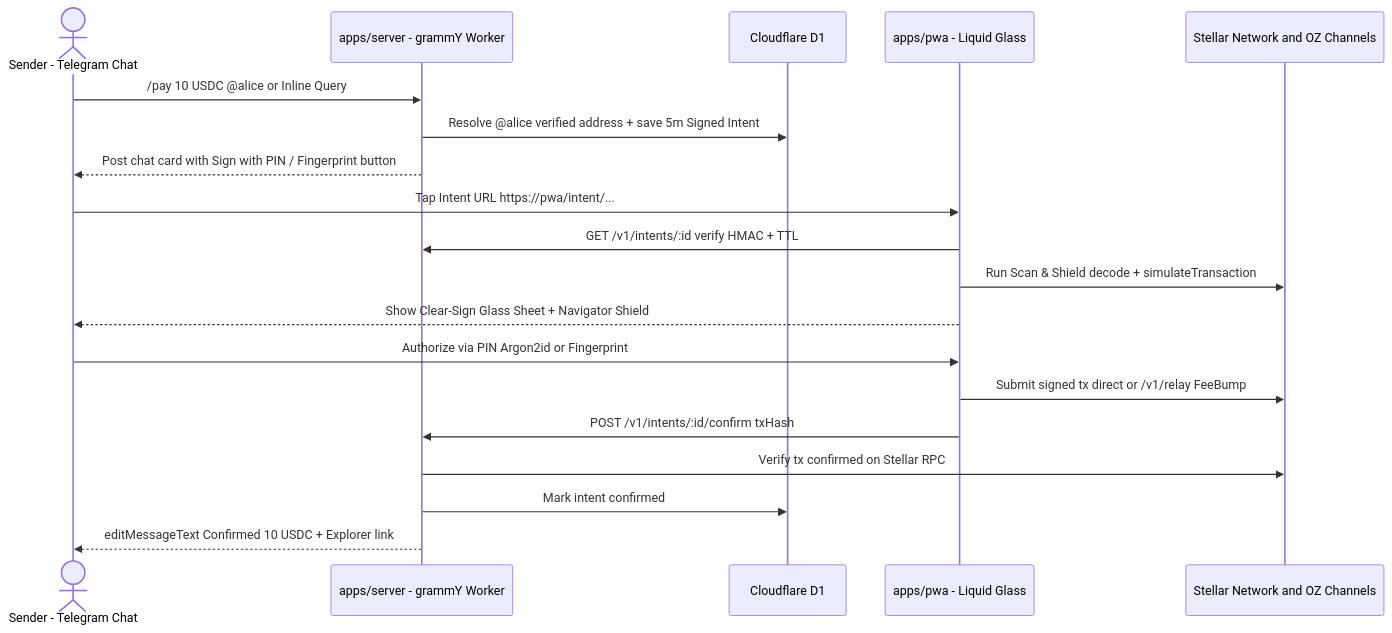
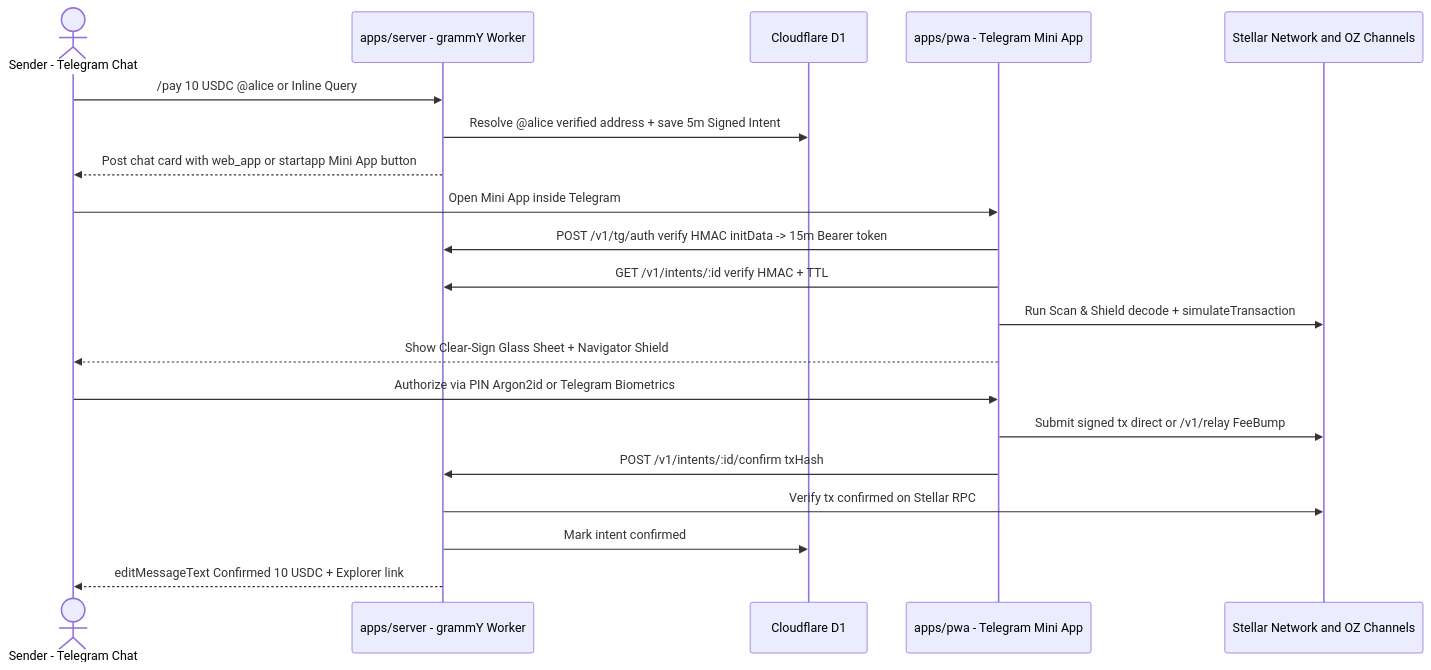
Before and after one commit to NunaLabsDev/astrowallet: the second of 2 diagrams in ARCHITECTURE.md, drawn with Mermaid. The commit also changed other lines of this file and 15 other files, not shown here.

Commit message:
feat(mini-app): complete Telegram-exclusive Stellar+TON migration, live rollout & CI fix

````diff
--- a/ARCHITECTURE.md
+++ b/ARCHITECTURE.md
@@ -174,22 +180,23 @@
 ```mermaid
 sequenceDiagram
     actor User as Sender - Telegram Chat
     participant Bot as apps/server - grammY Worker
     participant DB as Cloudflare D1
-    participant PWA as apps/pwa - Liquid Glass
+    participant TMA as apps/pwa - Telegram Mini App
     participant Chain as Stellar Network and OZ Channels
 
     User->>Bot: /pay 10 USDC @alice or Inline Query
     Bot->>DB: Resolve @alice verified address + save 5m Signed Intent
-    Bot-->>User: Post chat card with Sign with PIN / Fingerprint button
-    User->>PWA: Tap Intent URL https://pwa/intent/...
-    PWA->>Bot: GET /v1/intents/:id verify HMAC + TTL
-    PWA->>Chain: Run Scan & Shield decode + simulateTransaction
-    PWA-->>User: Show Clear-Sign Glass Sheet + Navigator Shield
-    User->>PWA: Authorize via PIN Argon2id or Fingerprint
-    PWA->>Chain: Submit signed tx direct or /v1/relay FeeBump
-    PWA->>Bot: POST /v1/intents/:id/confirm txHash
+    Bot-->>User: Post chat card with web_app or startapp Mini App button
+    User->>TMA: Open Mini App inside Telegram
+    TMA->>Bot: POST /v1/tg/auth verify HMAC initData -> 15m Bearer token
+    TMA->>Bot: GET /v1/intents/:id verify HMAC + TTL
+    TMA->>Chain: Run Scan & Shield decode + simulateTransaction
+    TMA-->>User: Show Clear-Sign Glass Sheet + Navigator Shield
+    User->>TMA: Authorize via PIN Argon2id or Telegram Biometrics
+    TMA->>Chain: Submit signed tx direct or /v1/relay FeeBump
+    TMA->>Bot: POST /v1/intents/:id/confirm txHash
     Bot->>Chain: Verify tx confirmed on Stellar RPC
     Bot->>DB: Mark intent confirmed
     Bot-->>User: editMessageText Confirmed 10 USDC + Explorer link
 ```
````
